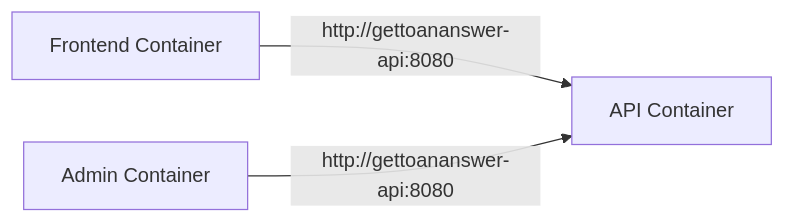
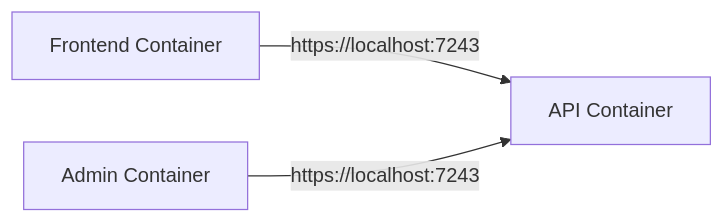
One commit to DFE-Digital/get-to-an-answer changed the second of 3 diagrams in src/Infrastructure/README.md. Above: the diagram before and after it, drawn with Mermaid. The commit also changed other lines of this file and 4 other files, not shown here.

Commit message:
CARE-1359 Added `README.md` files for Frontend, Common, API, and Admin modules, detailing project scopes, user flows, and architecture diagrams. Enhanced Infrastructure `README.md` with updated service DNS.

````diff
--- a/src/Infrastructure/README.md
+++ b/src/Infrastructure/README.md
@@ -84,5 +84,5 @@
 ```mermaid
 flowchart LR
-  FE[Frontend Container] -->|http://gettoananswer-api:8080| API[API Container]
-  ADM[Admin Container] -->|http://gettoananswer-api:8080| API
+  FE[Frontend Container] -->|https://localhost:7243| API[API Container]
+  ADM[Admin Container] -->|https://localhost:7243| API
 ```
````
